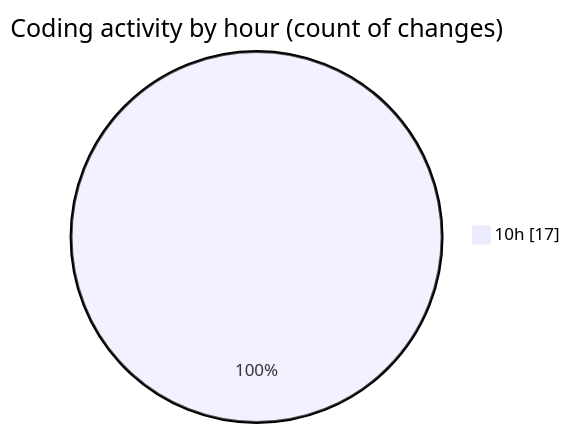
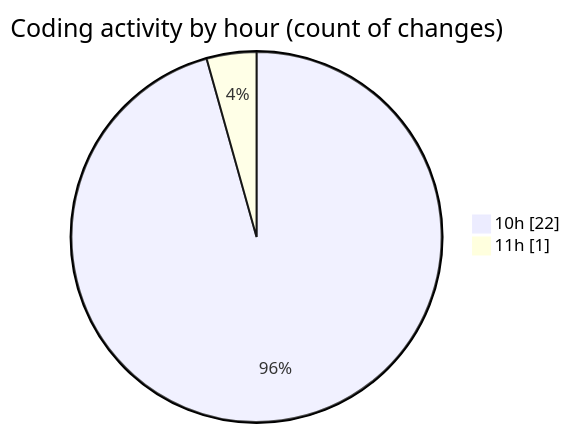
One commit to momahboobian/code-tracking changed the second of 2 diagrams in 2026-02-25/cda/README.md. Above: the diagram before and after it, drawn with Mermaid. The commit also changed other lines of this file and 1 other file, not shown here.

````diff
--- a/2026-02-25/cda/README.md
+++ b/2026-02-25/cda/README.md
@@ -30,5 +30,6 @@
 ```mermaid
 pie showData
 title Coding activity by hour (count of changes)
-"10h" : 17
+"10h" : 22
+"11h" : 1
 ```
````
